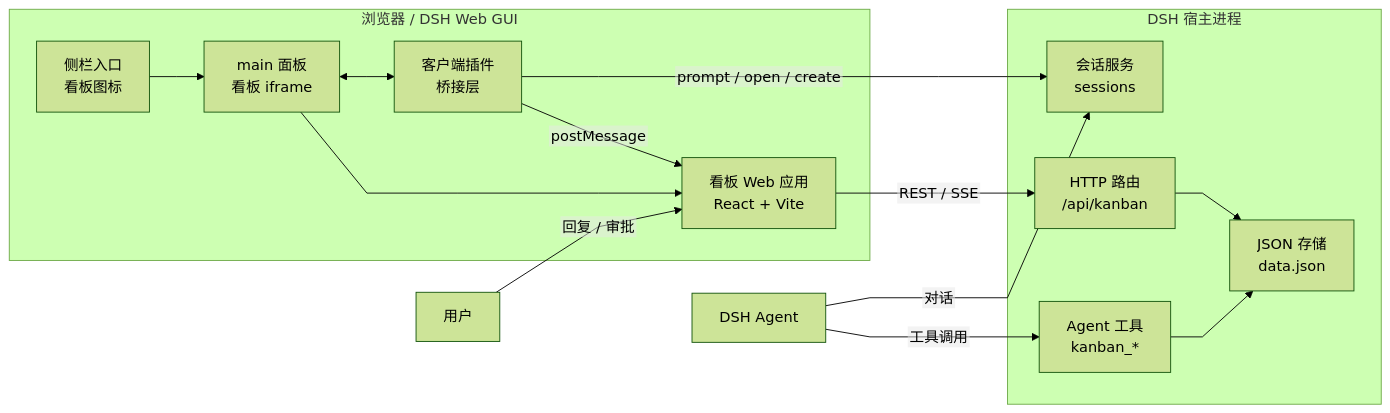
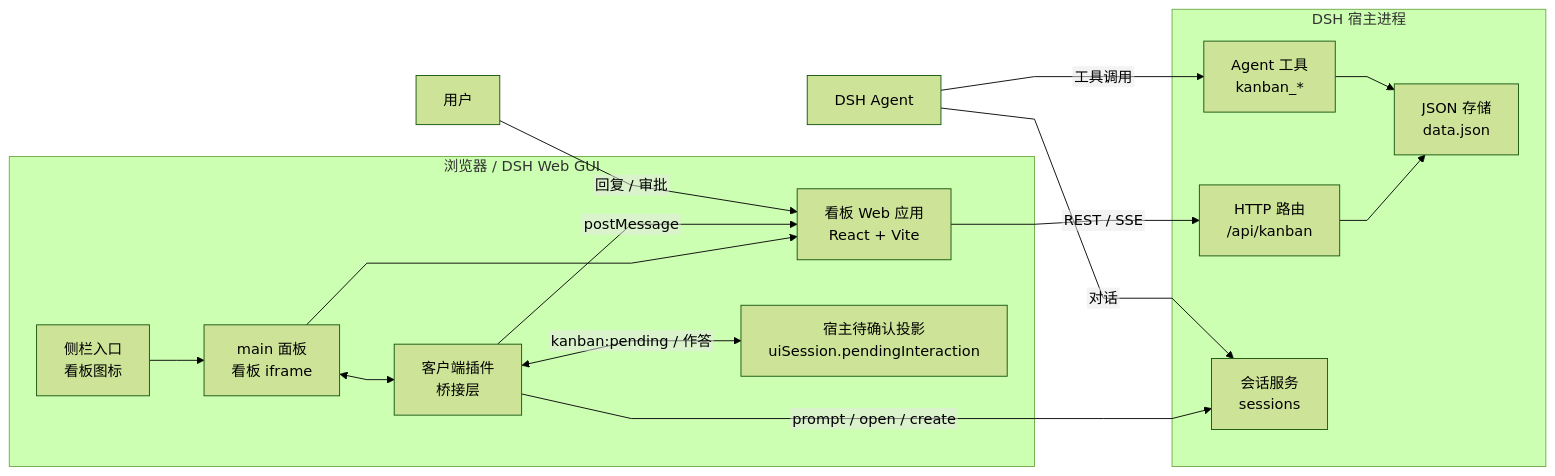
The first of 7 diagrams in docs/04-architecture.md (roxorlt/dsh-kanban), drawn with Mermaid (forest theme) before and after one commit. The commit also changed other lines of this file and 53 other files, not shown here.

````diff
--- a/docs/04-architecture.md
+++ b/docs/04-architecture.md
@@ -13,27 +13,29 @@
 ```mermaid
 %%{init: {"flowchart": {"curve": "linear", "htmlLabels": false, "nodeSpacing": 50, "rankSpacing": 60}}}%%
 flowchart LR
   subgraph Browser["浏览器 / DSH Web GUI"]
     Sidebar["侧栏入口<br/>看板图标"]
     Panel["main 面板<br/>看板 iframe"]
     Bridge["客户端插件<br/>桥接层"]
     BoardUI["看板 Web 应用<br/>React + Vite"]
+    Pending["宿主待确认投影<br/>uiSession.pendingInteraction"]
     Sidebar --> Panel
     Panel --> BoardUI
     Panel <--> Bridge
+    Bridge <-->|"kanban:pending / 作答"| Pending
   end
   subgraph Host["DSH 宿主进程"]
     WebServer["HTTP 路由<br/>/api/kanban"]
     Store["JSON 存储<br/>data.json"]
     Tools["Agent 工具<br/>kanban_*"]
     Sessions["会话服务<br/>sessions"]
   end
   BoardUI -->|"REST / SSE"| WebServer
   WebServer --> Store
   Tools --> Store
   Bridge -->|"postMessage"| BoardUI
   Bridge -->|"prompt / open / create"| Sessions
   Agent["DSH Agent"] -->|"工具调用"| Tools
   Agent -->|"对话"| Sessions
   User["用户"] -->|"回复 / 审批"| BoardUI
 ```
````
